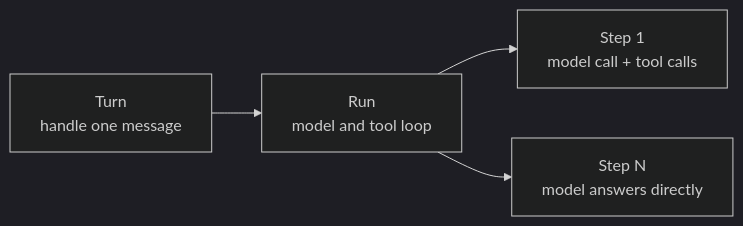
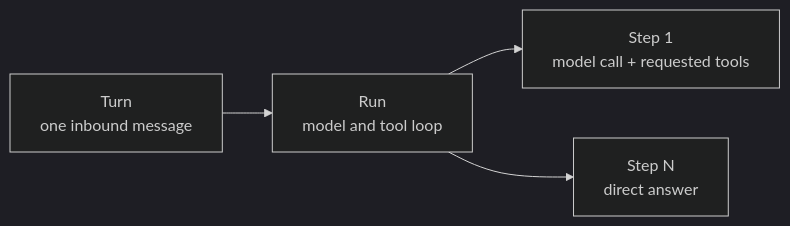
The first of 2 diagrams in website/src/content/docs/docs/concepts/turn.mdx (bubbuild/bub), drawn with Mermaid (dark theme) before and after one commit. The commit also changed other lines of this file and 72 other files, not shown here.

````diff
--- a/website/src/content/docs/docs/concepts/turn.mdx
+++ b/website/src/content/docs/docs/concepts/turn.mdx
@@ -15,6 +16,6 @@
 ```mermaid
 flowchart LR
-  T["Turn<br/>handle one message"] --> R["Run<br/>model and tool loop"]
-  R --> S1["Step 1<br/>model call + tool calls"]
-  R --> S2["Step N<br/>model answers directly"]
+  T["Turn<br/>one inbound message"] --> R["Run<br/>model and tool loop"]
+  R --> S1["Step 1<br/>model call + requested tools"]
+  R --> S2["Step N<br/>direct answer"]
 ```
````
